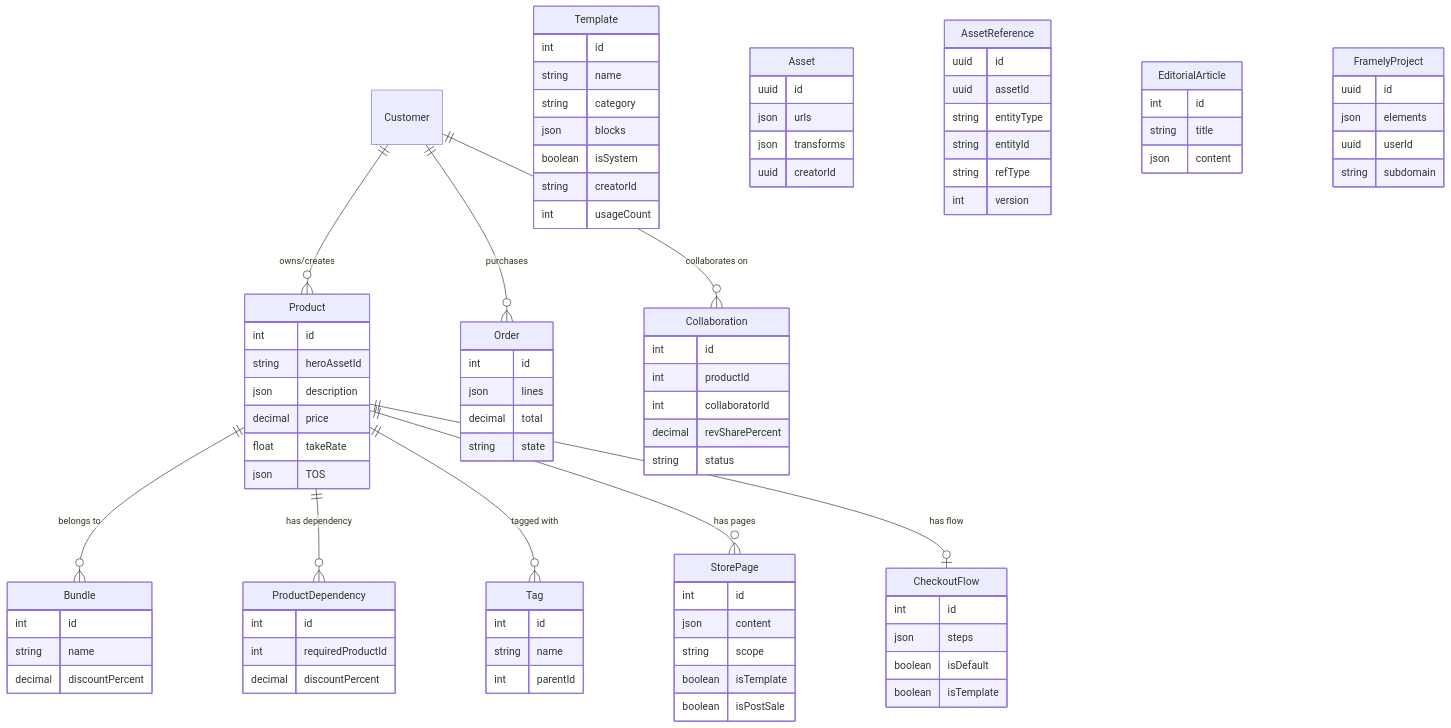
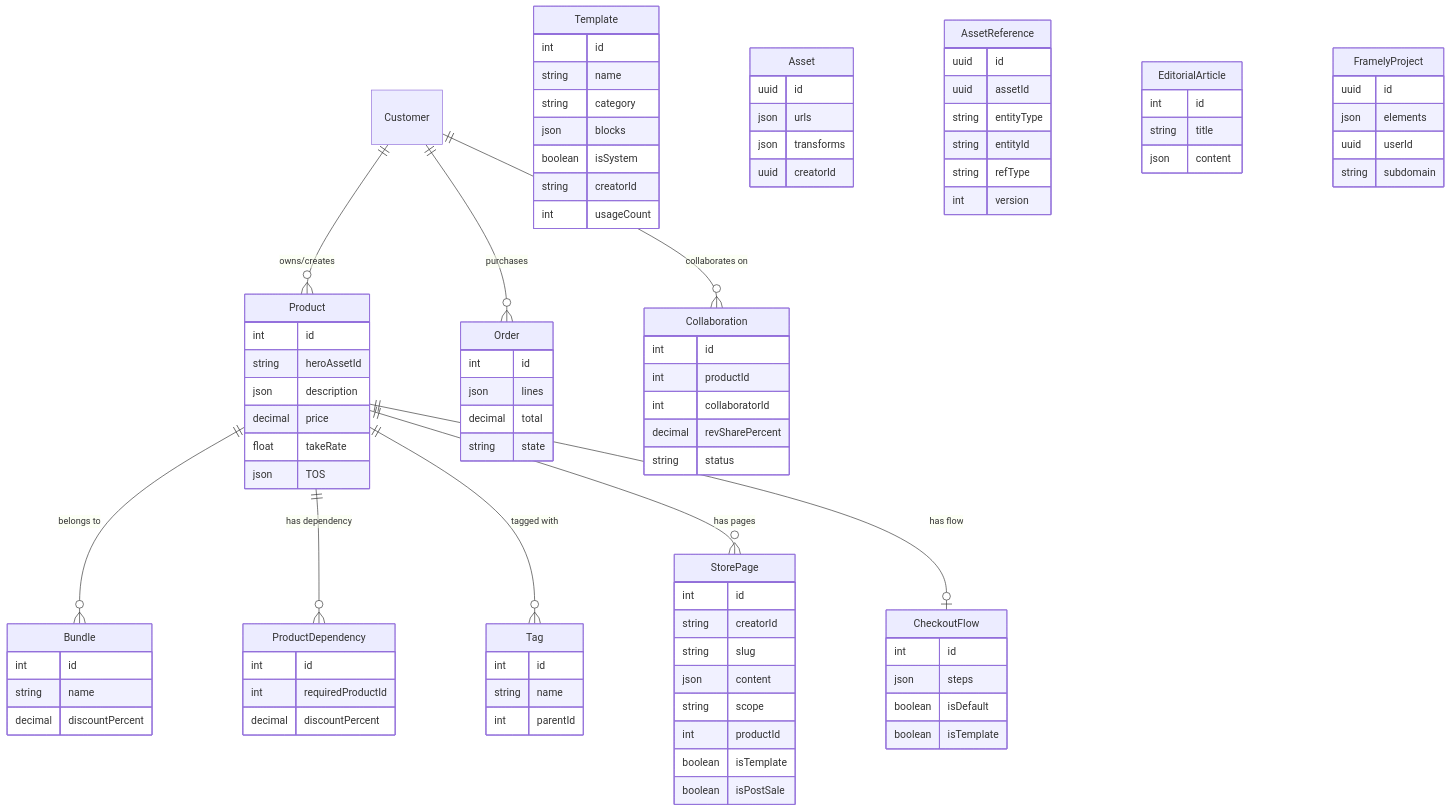
Before and after one commit to Yeusepe/simket: the second of 2 diagrams in docs/domain-model.md, drawn with Mermaid. The commit also changed other lines of this file and 144 other files, not shown here.

```diff
--- a/docs/domain-model.md
+++ b/docs/domain-model.md
@@ -140,8 +140,11 @@
 
     StorePage {
         int id
+        string creatorId
+        string slug
         json content
         string scope
+        int productId
         boolean isTemplate
         boolean isPostSale
     }
```
